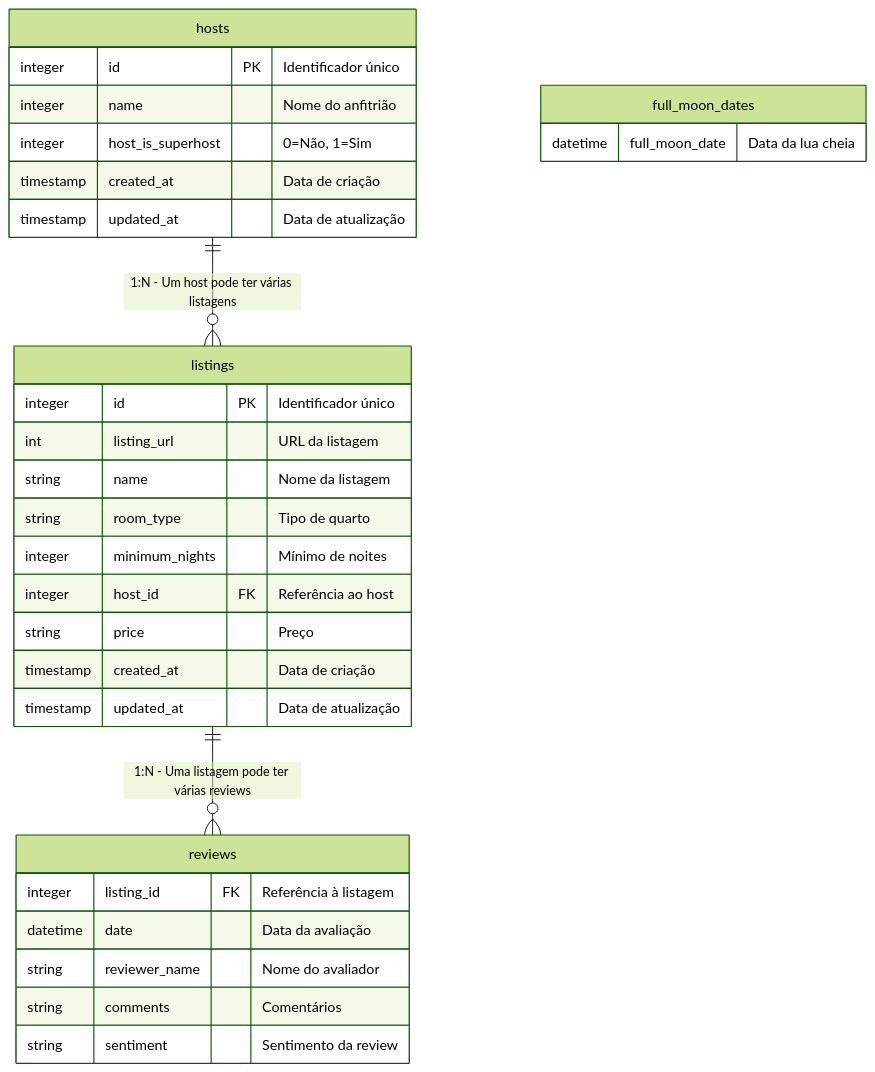
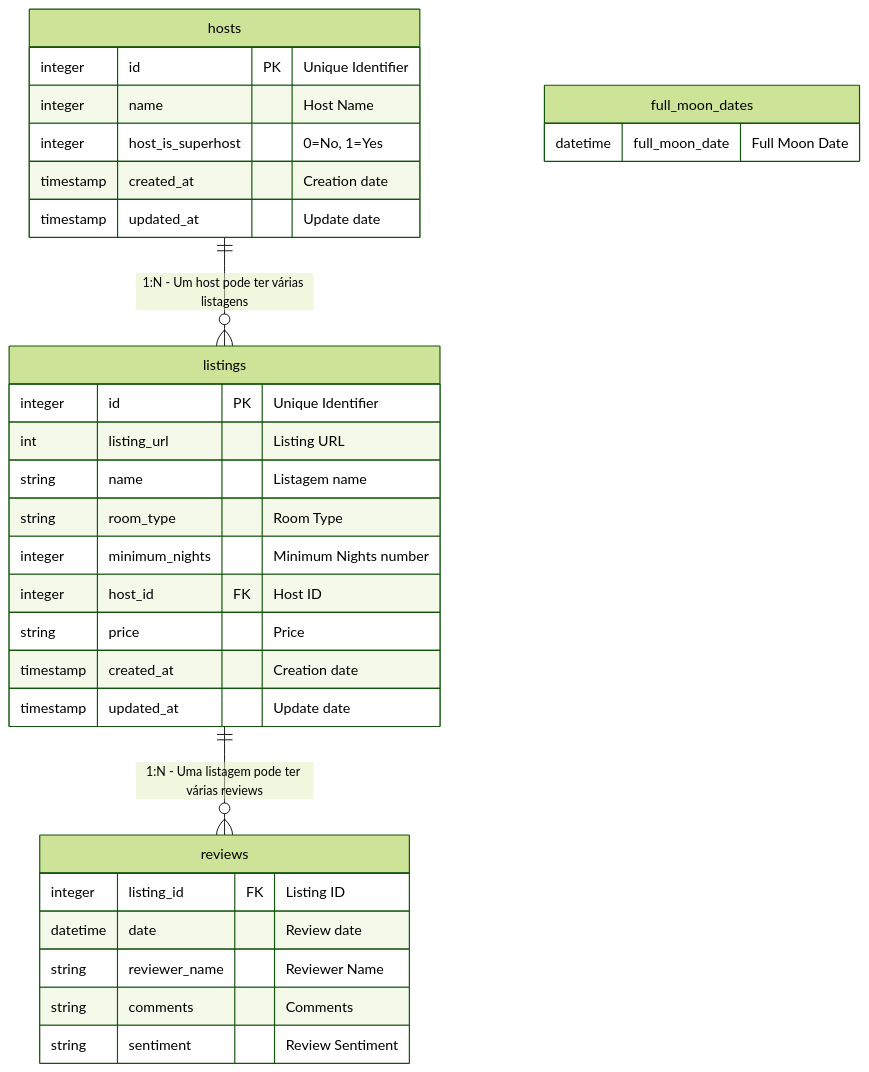
Before and after one commit to dhonysilva/entropia: the diagram in README.md, drawn with Mermaid (forest theme). The commit also changed other lines of this file, not shown here.

````diff
--- a/README.md
+++ b/README.md
@@ -58,37 +58,37 @@
 ```mermaid
 erDiagram
     hosts ||--o{ listings : "1:N - Um host pode ter várias listagens"
     listings ||--o{ reviews : "1:N - Uma listagem pode ter várias reviews"
 
     hosts {
-        integer id PK "Identificador único"
-        integer name "Nome do anfitrião"
-        integer host_is_superhost "0=Não, 1=Sim"
-        timestamp created_at "Data de criação"
-        timestamp updated_at "Data de atualização"
+        integer id PK "Unique Identifier"
+        integer name "Host Name"
+        integer host_is_superhost "0=No, 1=Yes"
+        timestamp created_at "Creation date"
+        timestamp updated_at "Update date"
     }
 
     listings {
-        integer id PK "Identificador único"
-        int listing_url "URL da listagem"
-        string name "Nome da listagem"
-        string room_type "Tipo de quarto"
-        integer minimum_nights "Mínimo de noites"
-        integer host_id FK "Referência ao host"
-        string price "Preço"
-        timestamp created_at "Data de criação"
-        timestamp updated_at "Data de atualização"
+        integer id PK "Unique Identifier"
+        int listing_url "Listing URL"
+        string name "Listagem name"
+        string room_type "Room Type"
+        integer minimum_nights "Minimum Nights number"
+        integer host_id FK "Host ID"
+        string price "Price"
+        timestamp created_at "Creation date"
+        timestamp updated_at "Update date"
     }
 
     reviews {
-        integer listing_id FK "Referência à listagem"
-        datetime date "Data da avaliação"
-        string reviewer_name "Nome do avaliador"
-        string comments "Comentários"
-        string sentiment "Sentimento da review"
+        integer listing_id FK "Listing ID"
+        datetime date "Review date"
+        string reviewer_name "Reviewer Name"
+        string comments "Comments"
+        string sentiment "Review Sentiment"
     }
 
     full_moon_dates {
-        datetime full_moon_date "Data da lua cheia"
+        datetime full_moon_date "Full Moon Date"
     }
 ```
````
